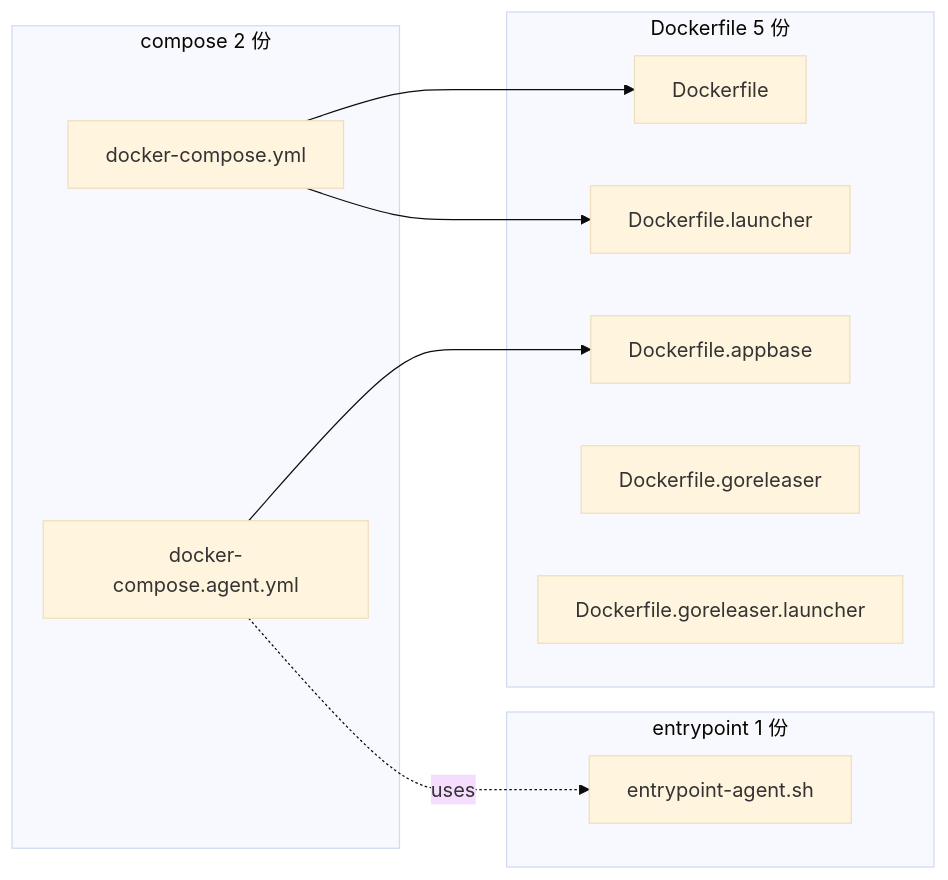
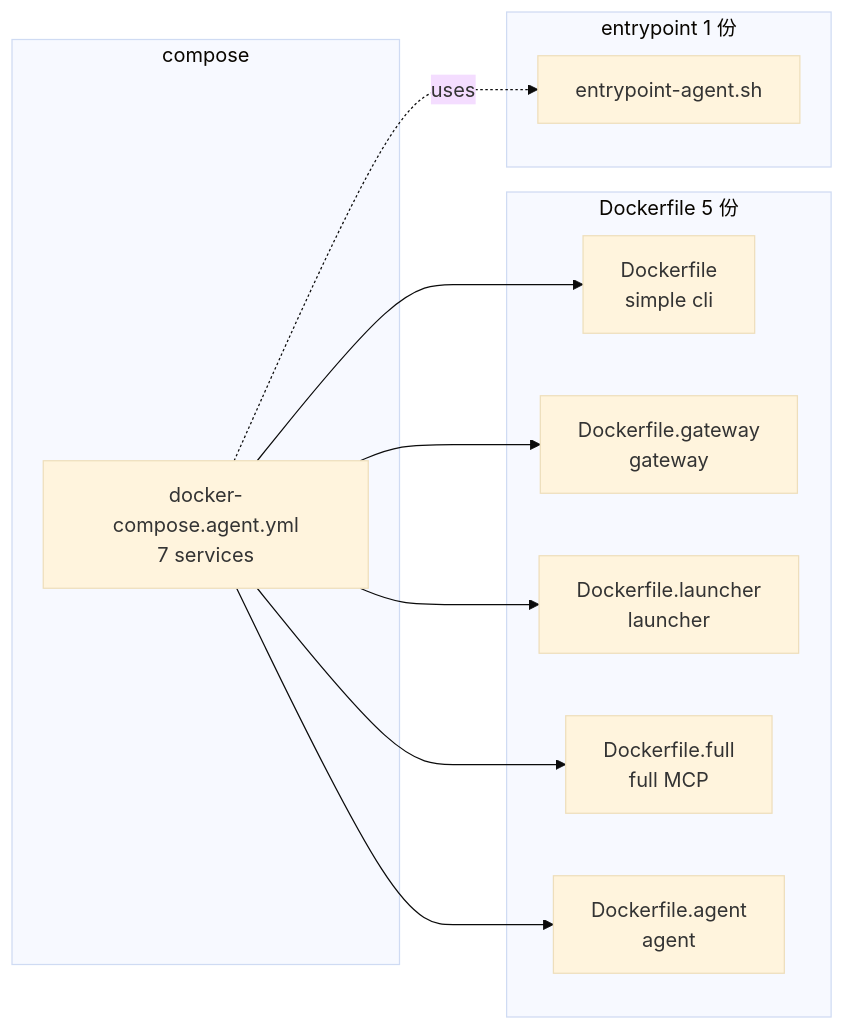
The second of 2 diagrams in docker/README.md (BizShuk/picoclaw), drawn with Mermaid (base theme) before and after one commit. The commit also changed other lines of this file and 4 other files, not shown here.

````diff
--- a/docker/README.md
+++ b/docker/README.md
@@ -52,24 +80,25 @@
 ```mermaid
 flowchart LR
-  subgraph COMPOSE[compose 2 份]
-    Y1[docker-compose.yml]
-    Y2[docker-compose.agent.yml]
+  subgraph COMPOSE[compose]
+    Y[docker-compose.agent.yml<br/>7 services]
   end
 
   subgraph DF[Dockerfile 5 份]
-    D1[Dockerfile]
-    D2[Dockerfile.appbase]
-    D3[Dockerfile.launcher]
-    D4[Dockerfile.goreleaser]
-    D5[Dockerfile.goreleaser.launcher]
+    D1[Dockerfile<br/>simple cli]
+    D2[Dockerfile.gateway<br/>gateway]
+    D3[Dockerfile.launcher<br/>launcher]
+    D4[Dockerfile.full<br/>full MCP]
+    D5[Dockerfile.agent<br/>agent]
   end
 
   subgraph EP[entrypoint 1 份]
     E1[entrypoint-agent.sh]
   end
 
-  Y1 --> D1
-  Y1 --> D3
-  Y2 --> D2
-  Y2 -. uses .-> E1
+  Y --> D1
+  Y --> D2
+  Y --> D3
+  Y --> D4
+  Y --> D5
+  Y -. uses .-> E1
 ```
````
